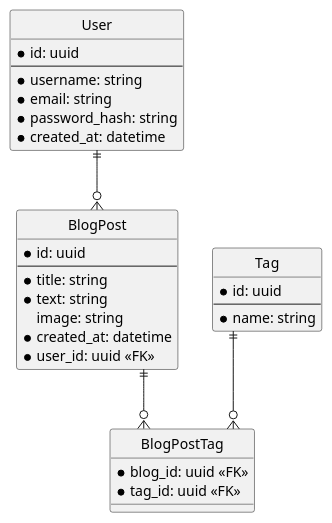
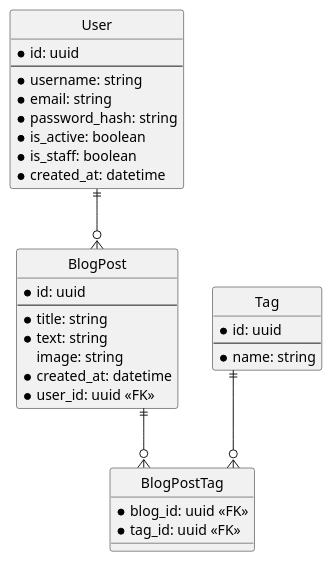
The diagram in docs/er-diagram.puml (Tomas00217/TriFrameBlog), drawn with PlantUML before and after one commit. The commit also changed 2 other files, not shown here.

```diff
--- a/docs/er-diagram.puml
+++ b/docs/er-diagram.puml
@@ -1,40 +1,42 @@
 @startuml erd
 
 hide circle
 skinparam Linetype ortho
 
 entity User {
     * id: uuid
     --
     * username: string
     * email: string
     * password_hash: string
+    * is_active: boolean
+    * is_staff: boolean
     * created_at: datetime
 }
 
 entity BlogPost {
     * id: uuid
     --
     * title: string
     * text: string
     image: string
     * created_at: datetime
     * user_id: uuid <<FK>>
 }
 
 entity Tag {
     * id: uuid
     --
     * name: string
 }
 
 entity BlogPostTag {
     * blog_id: uuid <<FK>>
     * tag_id: uuid <<FK>>
 }
 
 User ||--o{ BlogPost
 BlogPost ||--o{ BlogPostTag
 Tag ||--o{ BlogPostTag
 
 @enduml
```
